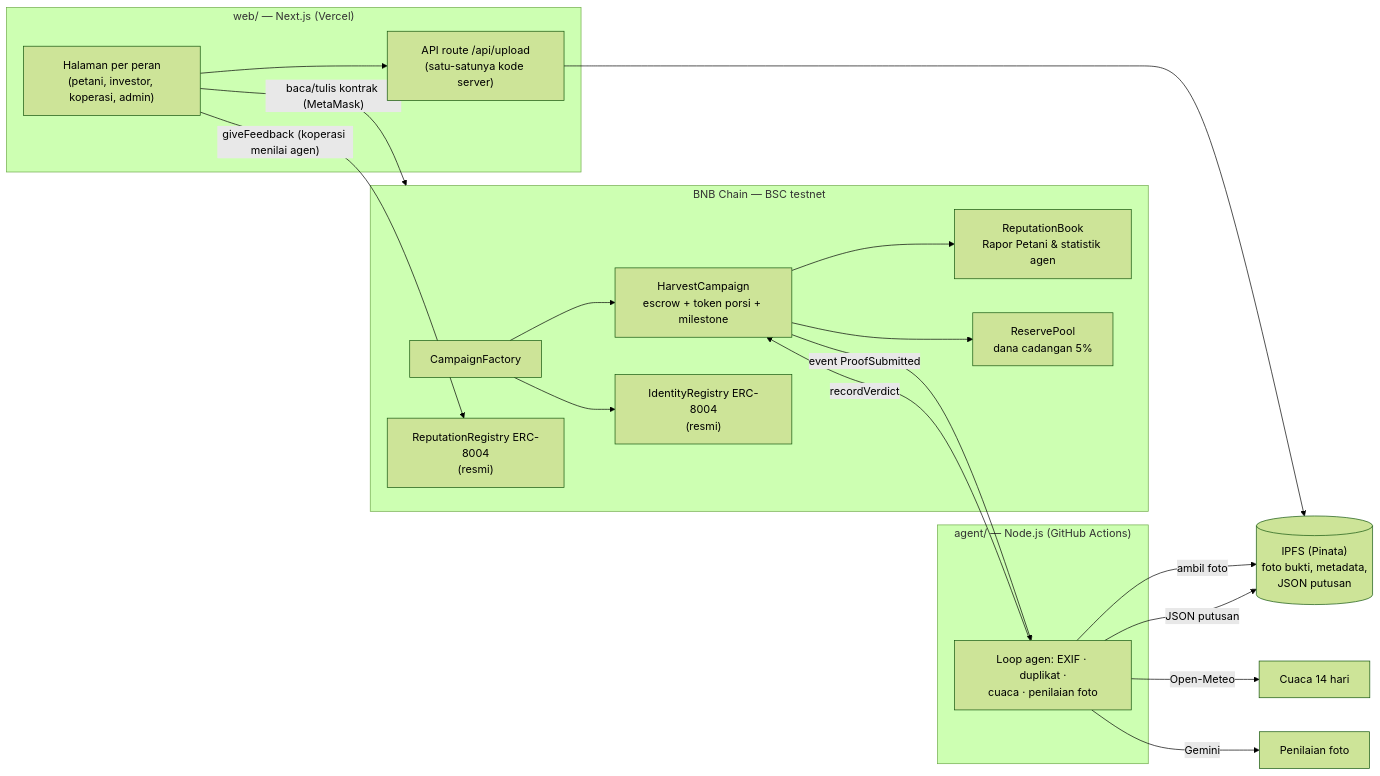
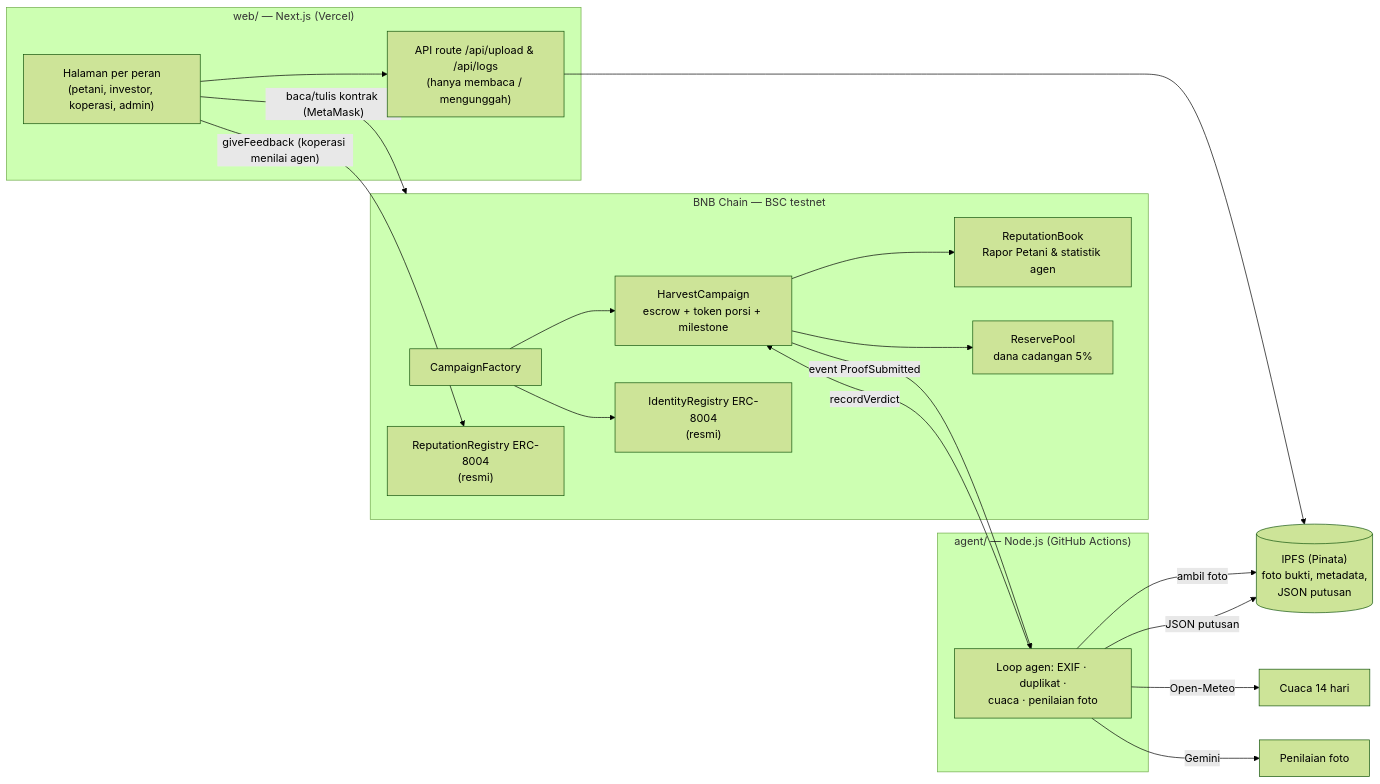
The diagram in README.md (MrPrinceAli/bagipanen), drawn with Mermaid (forest theme) before and after one commit. The commit also changed other lines of this file and 8 other files, not shown here.

````diff
--- a/README.md
+++ b/README.md
@@ -141,27 +142,27 @@
 ```mermaid
 flowchart LR
   subgraph Browser["web/ — Next.js (Vercel)"]
     UI["Halaman per peran<br/>(petani, investor, koperasi, admin)"]
-    API["API route /api/upload<br/>(satu-satunya kode server)"]
+    API["API route /api/upload & /api/logs<br/>(hanya membaca / mengunggah)"]
   end
   subgraph Chain["BNB Chain — BSC testnet"]
     F["CampaignFactory"] --> HC["HarvestCampaign<br/>escrow + token porsi + milestone"]
     HC --> RB["ReputationBook<br/>Rapor Petani & statistik agen"]
     HC --> RP["ReservePool<br/>dana cadangan 5%"]
     F --> ID["IdentityRegistry ERC-8004<br/>(resmi)"]
     RR["ReputationRegistry ERC-8004<br/>(resmi)"]
   end
   IPFS[("IPFS (Pinata)<br/>foto bukti, metadata,<br/>JSON putusan")]
   subgraph Agent["agent/ — Node.js (GitHub Actions)"]
     A["Loop agen: EXIF · duplikat ·<br/>cuaca · penilaian foto"]
   end
   UI -- baca/tulis kontrak (MetaMask) --> Chain
   UI --> API --> IPFS
   HC -- event ProofSubmitted --> A
   A -- ambil foto --> IPFS
   A -- Open-Meteo --> W["Cuaca 14 hari"]
   A -- Gemini --> V["Penilaian foto"]
   A -- JSON putusan --> IPFS
   A -- recordVerdict --> HC
   UI -- "giveFeedback (koperasi menilai agen)" --> RR
 ```
````
